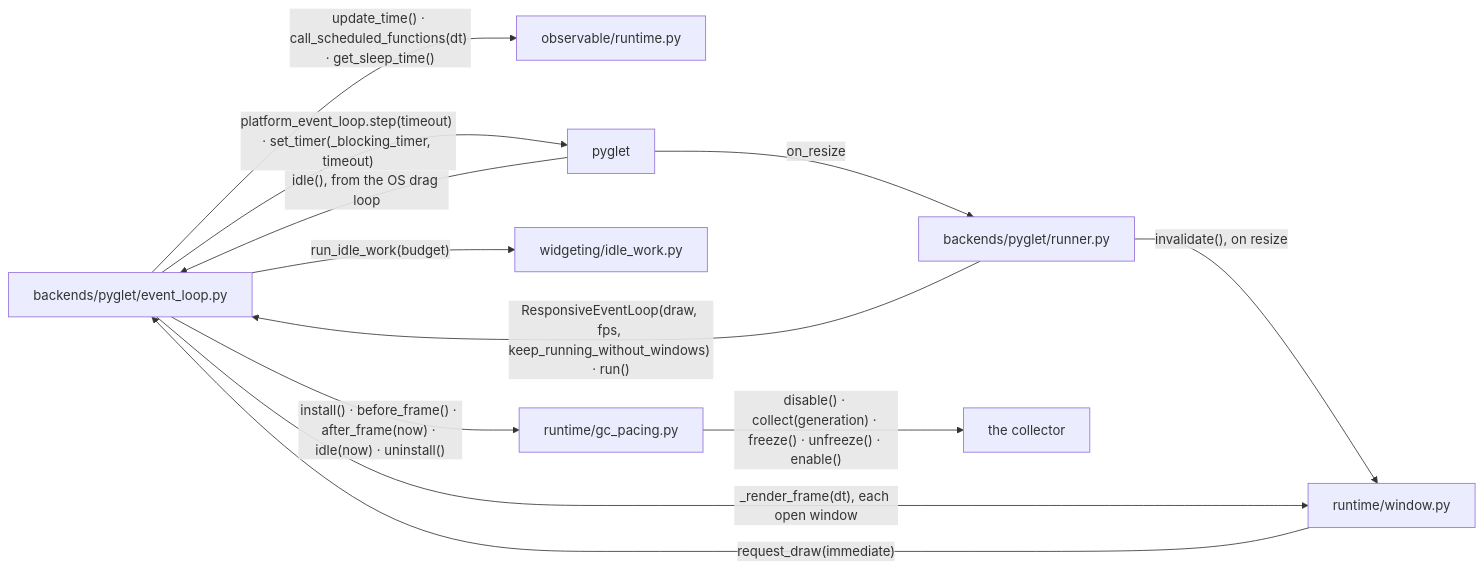
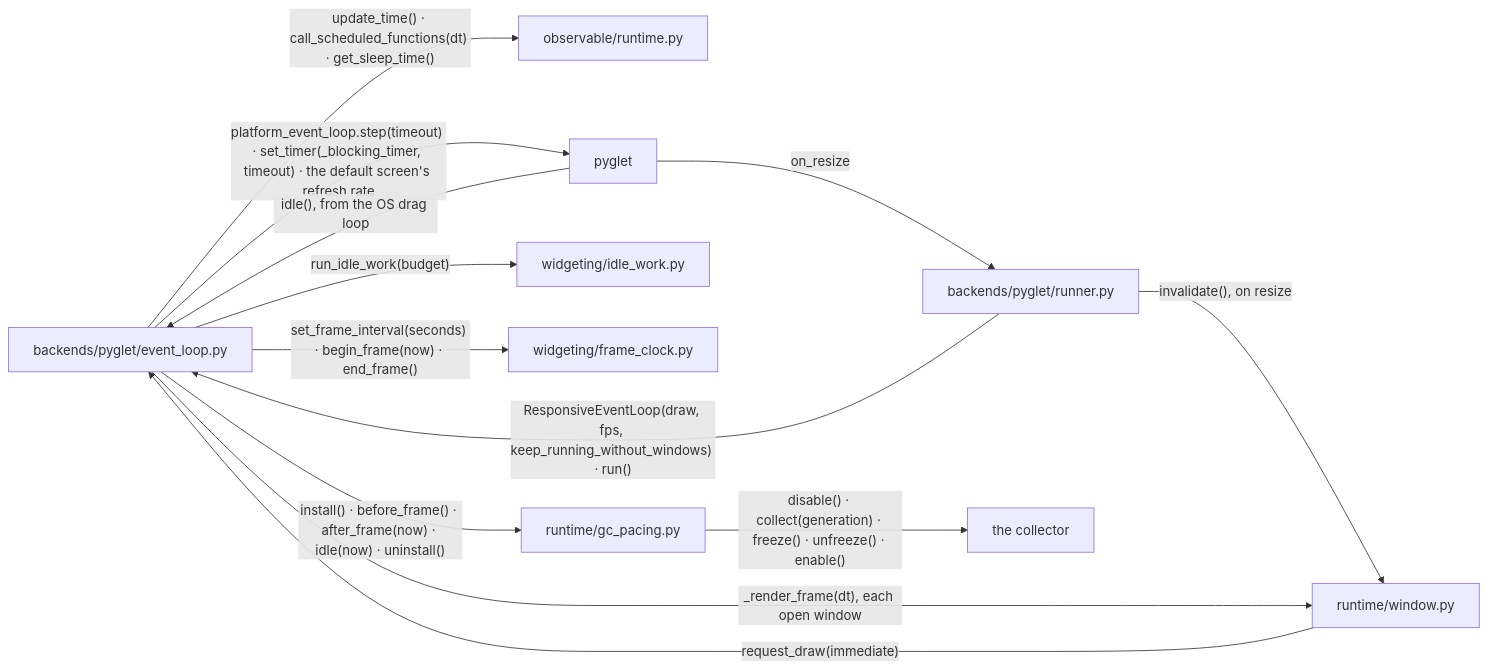
One commit to yuksblog/nuiitivet changed the second of 8 diagrams in docs/design/RENDERING_PIPELINE.md. Above: the diagram before and after it, drawn with Mermaid. The commit also changed other lines of this file and 17 other files, not shown here.

````diff
--- a/docs/design/RENDERING_PIPELINE.md
+++ b/docs/design/RENDERING_PIPELINE.md
@@ -53,23 +54,25 @@
 ```mermaid
 flowchart LR
     loop[backends/pyglet/event_loop.py]
     runner[backends/pyglet/runner.py]
     window[runtime/window.py]
     clock[observable/runtime.py]
     pacer[runtime/gc_pacing.py]
     idle[widgeting/idle_work.py]
+    frame[widgeting/frame_clock.py]
     pyglet[pyglet]
     collector[the collector]
 
     runner -- "ResponsiveEventLoop(draw, fps, keep_running_without_windows) · run()" --> loop
     runner -- "invalidate(), on resize" --> window
     window -- "request_draw(immediate)" --> loop
     loop -- "_render_frame(dt), each open window" --> window
     loop -- "update_time() · call_scheduled_functions(dt) · get_sleep_time()" --> clock
     loop -- "install() · before_frame() · after_frame(now) · idle(now) · uninstall()" --> pacer
     loop -- "run_idle_work(budget)" --> idle
+    loop -- "set_frame_interval(seconds) · begin_frame(now) · end_frame()" --> frame
     pacer -- "disable() · collect(generation) · freeze() · unfreeze() · enable()" --> collector
-    loop -- "platform_event_loop.step(timeout) · set_timer(_blocking_timer, timeout)" --> pyglet
+    loop -- "platform_event_loop.step(timeout) · set_timer(_blocking_timer, timeout) · the default screen's refresh rate" --> pyglet
     pyglet -- "idle(), from the OS drag loop" --> loop
     pyglet -- "on_resize" --> runner
 ```
````
